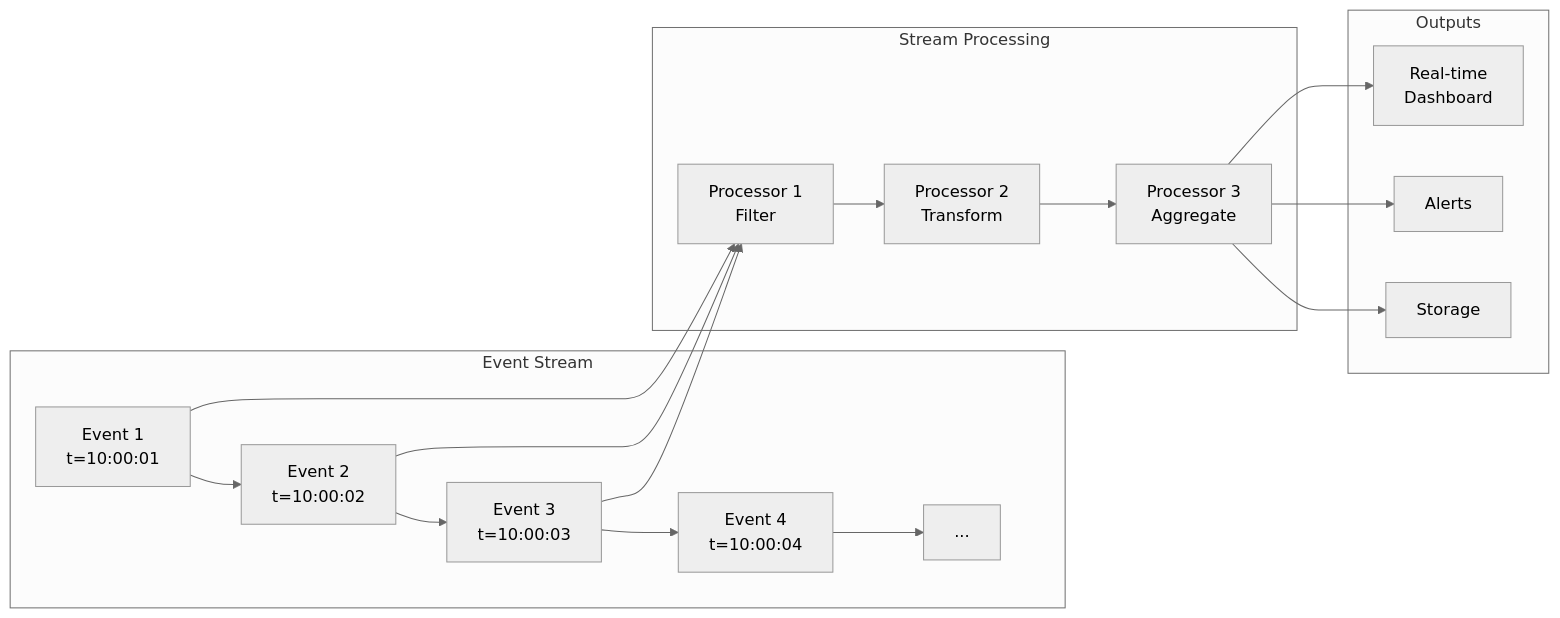
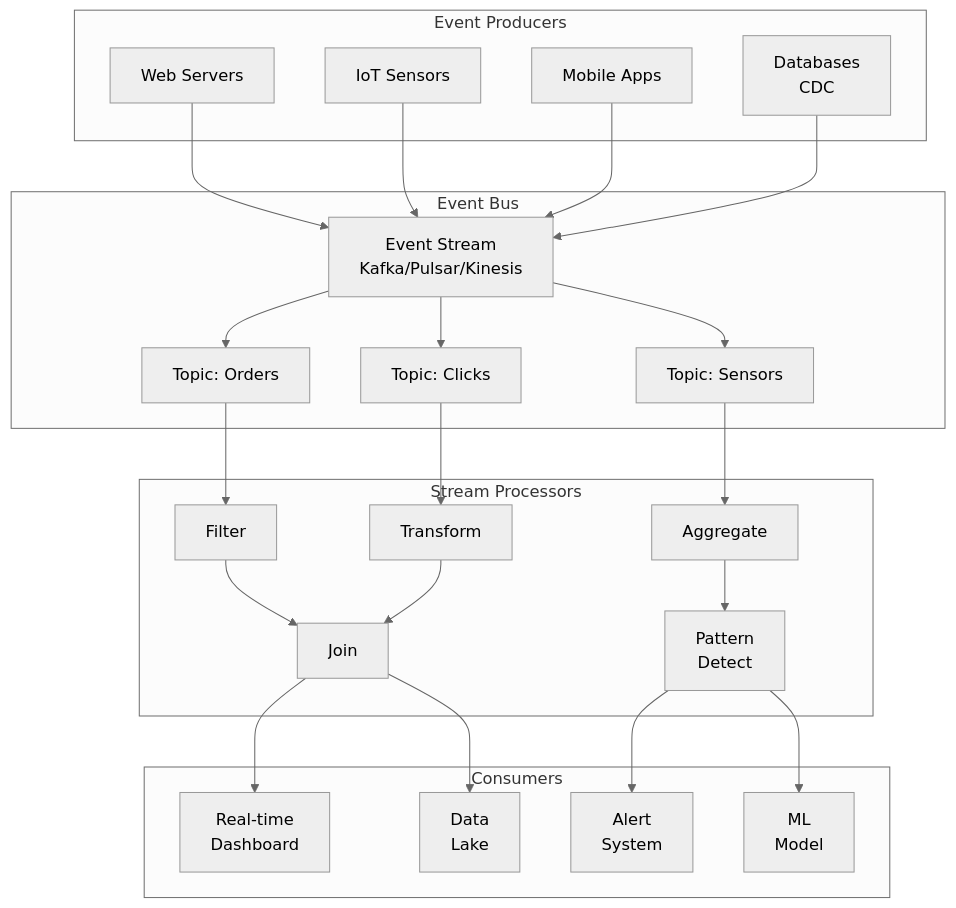
Before and after one commit to deepaucksharma/DStudio: the second of 14 diagrams in docs/patterns/event-streaming.md, drawn with Mermaid (neutral theme). The commit also changed other lines of this file and 248 other files, not shown here.

````diff
--- a/docs/patterns/event-streaming.md
+++ b/docs/patterns/event-streaming.md
@@ -40,30 +107,53 @@
 ```mermaid
-graph LR
- subgraph "Event Stream"
- E1[Event 1<br/>t=10:00:01] --> E2[Event 2<br/>t=10:00:02]
- E2 --> E3[Event 3<br/>t=10:00:03]
- E3 --> E4[Event 4<br/>t=10:00:04]
- E4 --> E5[...]
- end
- 
- subgraph "Stream Processing"
- P1[Processor 1<br/>Filter]
- P2[Processor 2<br/>Transform]
- P3[Processor 3<br/>Aggregate]
- end
- 
- subgraph "Outputs"
- O1[Real-time<br/>Dashboard]
- O2[Alerts]
- O3[Storage]
- end
- 
- E1 --> P1
- E2 --> P1
- E3 --> P1
- P1 --> P2
- P2 --> P3
- P3 --> O1
- P3 --> O2
- P3 --> O3
+graph TB
+    subgraph "Event Producers"
+        P1[Web Servers]
+        P2[IoT Sensors]
+        P3[Mobile Apps]
+        P4[Databases<br/>CDC]
+    end
+    
+    subgraph "Event Bus"
+        EB[Event Stream<br/>Kafka/Pulsar/Kinesis]
+        T1[Topic: Orders]
+        T2[Topic: Clicks]
+        T3[Topic: Sensors]
+    end
+    
+    subgraph "Stream Processors"
+        SP1[Filter]
+        SP2[Transform]
+        SP3[Aggregate]
+        SP4[Join]
+        SP5[Pattern<br/>Detect]
+    end
+    
+    subgraph "Consumers"
+        C1[Real-time<br/>Dashboard]
+        C2[Alert<br/>System]
+        C3[Data<br/>Lake]
+        C4[ML<br/>Model]
+    end
+    
+    P1 --> EB
+    P2 --> EB
+    P3 --> EB
+    P4 --> EB
+    
+    EB --> T1
+    EB --> T2
+    EB --> T3
+    
+    T1 --> SP1
+    T2 --> SP2
+    T3 --> SP3
+    
+    SP1 --> SP4
+    SP2 --> SP4
+    SP3 --> SP5
+    
+    SP4 --> C1
+    SP5 --> C2
+    SP4 --> C3
+    SP5 --> C4
 ```
````
